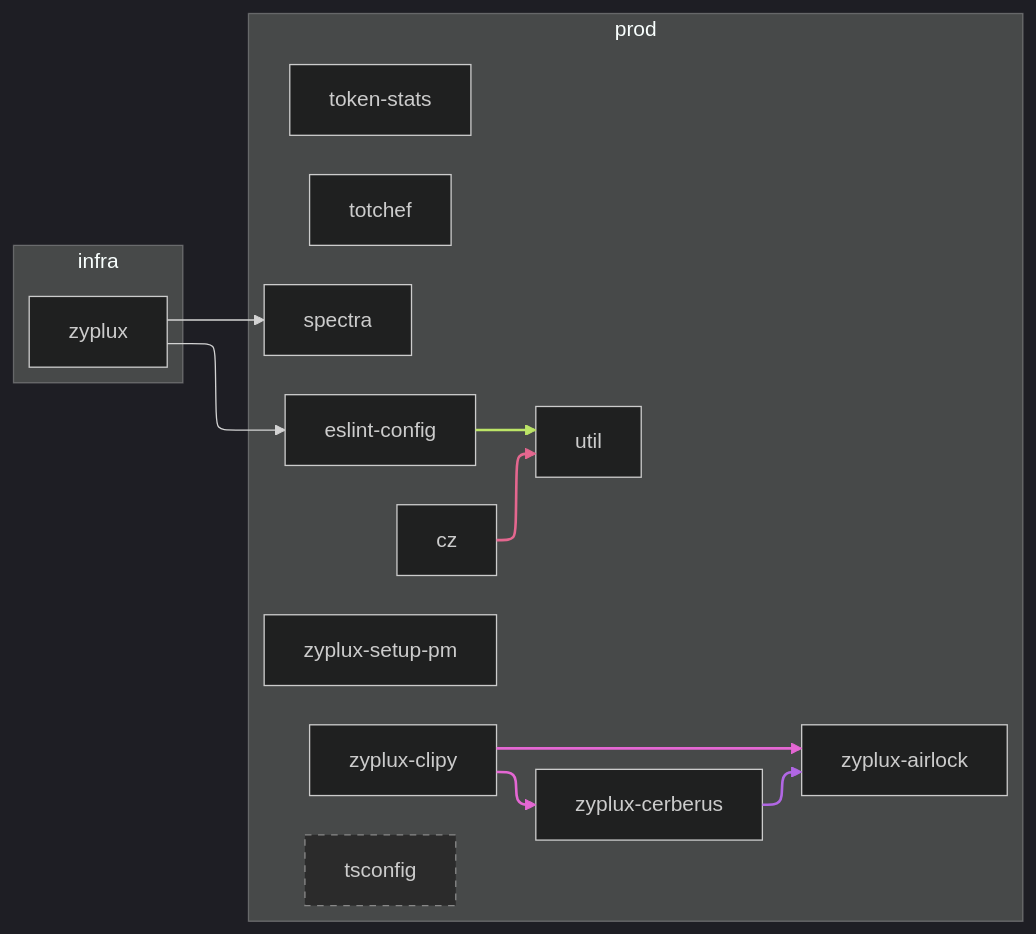
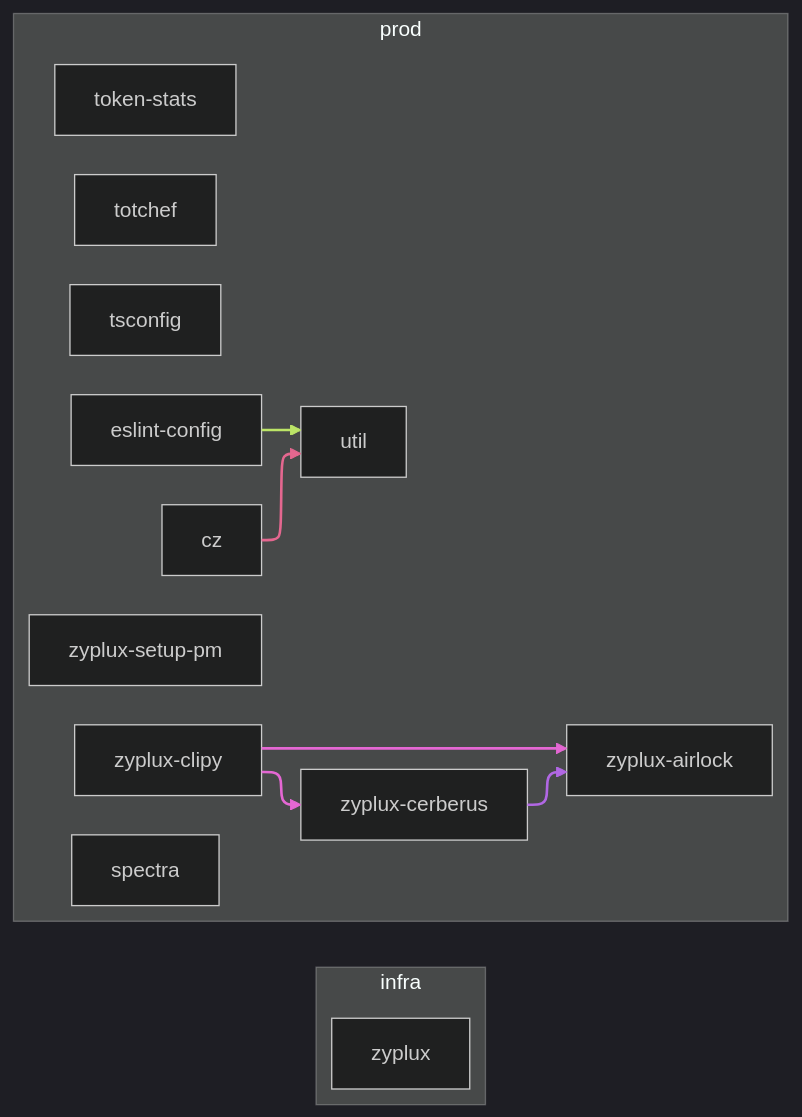
One commit to zyplux/zyplux changed the diagram in WORKSPACE_GRAPH.md. Above: the diagram before and after it, drawn with Mermaid. The commit also changed other lines of this file and 8 other files, not shown here.

Commit message:
fix(cz): exclude demo and development graph dependencies

````diff
--- a/WORKSPACE_GRAPH.md
+++ b/WORKSPACE_GRAPH.md
@@ -5,40 +5,38 @@
 ```mermaid
 ---
 config:
   theme: dark
   layout: elk
 ---
 flowchart LR
     subgraph group_infra["infra"]
         ws_0["zyplux"]
     end
     subgraph group_prod["prod"]
         ws_1["zyplux-setup-pm"]
         ws_2["zyplux-airlock"]
         ws_3["zyplux-cerberus"]
         ws_4["zyplux-clipy"]
         ws_5["cz"]
         ws_6["token-stats"]
         ws_7["totchef"]
         ws_8["eslint-config"]
         ws_9["spectra"]
-        ws_10["tsconfig"]:::foundation
+        ws_10["tsconfig"]
         ws_11["util"]
     end
-    ws_0 ws_0__ws_8@--> ws_8
-    ws_0 ws_0__ws_9@--> ws_9
     ws_3 ws_3__ws_2@--> ws_2
     classDef ws_3_edges stroke:#b167e4,stroke-width:2px
     class ws_3__ws_2 ws_3_edges
     ws_4 ws_4__ws_2@--> ws_2
     ws_4 ws_4__ws_3@--> ws_3
     classDef ws_4_edges stroke:#e467d3,stroke-width:2px
     class ws_4__ws_2,ws_4__ws_3 ws_4_edges
     ws_5 ws_5__ws_11@--> ws_11
     classDef ws_5_edges stroke:#e4678f,stroke-width:2px
     class ws_5__ws_11 ws_5_edges
     ws_8 ws_8__ws_11@--> ws_11
     classDef ws_8_edges stroke:#bce467,stroke-width:2px
     class ws_8__ws_11 ws_8_edges
     classDef foundation fill:#2b2b2b,stroke:#888,stroke-dasharray:5 5
 ```
````
